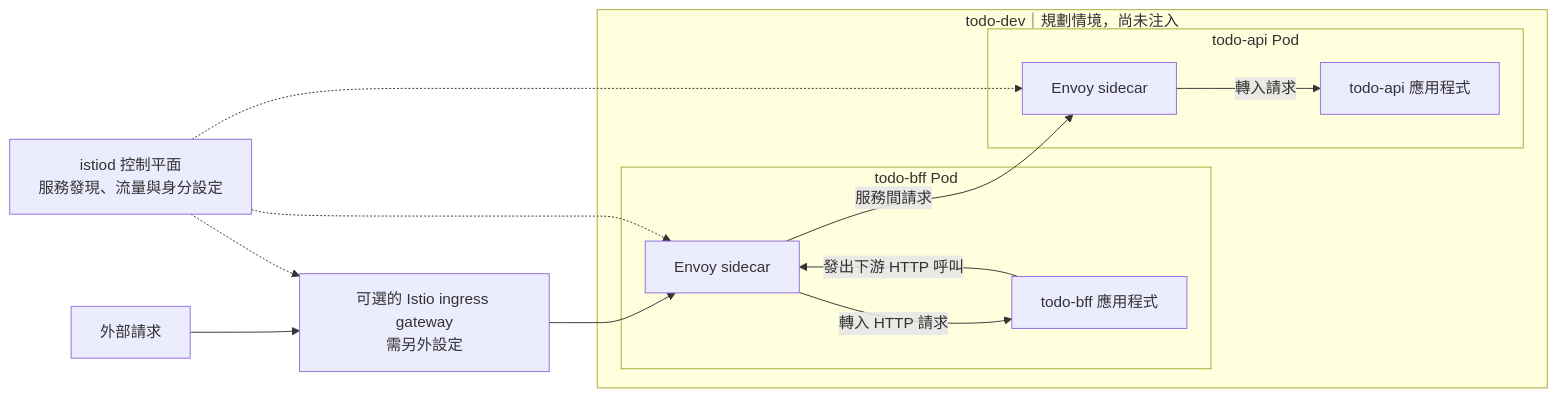
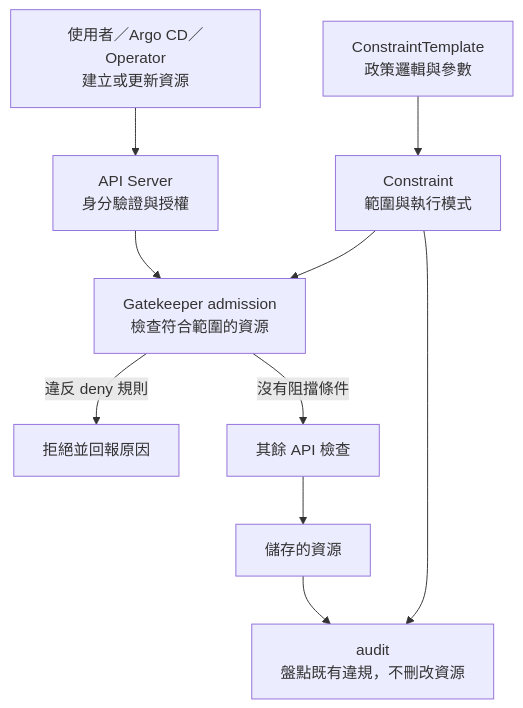
Before and after one commit to yrw9281/IT30.Platform.Engineering: the diagram in doc/zh-tw/D28.md, drawn with Mermaid. The commit also changed other lines of this file and 30 other files, not shown here.

````diff
--- a/doc/zh-tw/D28.md
+++ b/doc/zh-tw/D28.md
@@ -15,23 +15,12 @@
 ```mermaid
-flowchart LR
-    Browser["外部請求"] --> Gateway["可選的 Istio ingress gateway<br/>需另外設定"]
-    subgraph Dev["todo-dev｜規劃情境，尚未注入"]
-        subgraph BFFPod["todo-bff Pod"]
-            BFFProxy["Envoy sidecar"]
-            BFF["todo-bff 應用程式"]
-        end
-        subgraph APIPod["todo-api Pod"]
-            APIProxy["Envoy sidecar"]
-            API["todo-api 應用程式"]
-        end
-        BFFProxy -->|"轉入 HTTP 請求"| BFF
-        BFF -->|"發出下游 HTTP 呼叫"| BFFProxy
-        BFFProxy -->|"服務間請求"| APIProxy
-        APIProxy -->|"轉入請求"| API
-    end
-    Gateway --> BFFProxy
-    Istiod["istiod 控制平面<br/>服務發現、流量與身分設定"]
-    Istiod -.-> Gateway
-    Istiod -.-> BFFProxy
-    Istiod -.-> APIProxy
+flowchart TD
+    Request["使用者／Argo CD／Operator<br/>建立或更新資源"] --> Auth["API Server<br/>身分驗證與授權"]
+    Auth --> Admission["Gatekeeper admission<br/>檢查符合範圍的資源"]
+    Template["ConstraintTemplate<br/>政策邏輯與參數"] --> Constraint["Constraint<br/>範圍與執行模式"]
+    Constraint --> Admission
+    Admission -->|"違反 deny 規則"| Reject["拒絕並回報原因"]
+    Admission -->|"沒有阻擋條件"| Continue["其餘 API 檢查"]
+    Continue --> Existing["儲存的資源"]
+    Existing --> Audit["audit<br/>盤點既有違規，不刪改資源"]
+    Constraint --> Audit
 ```
````
